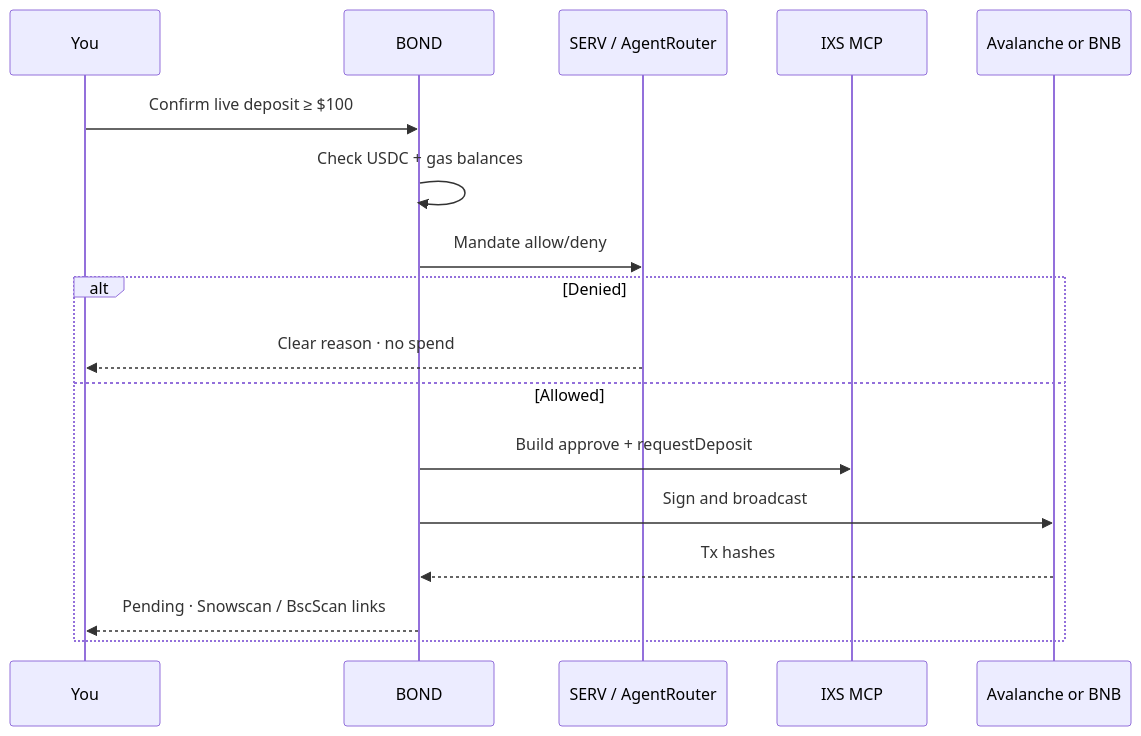
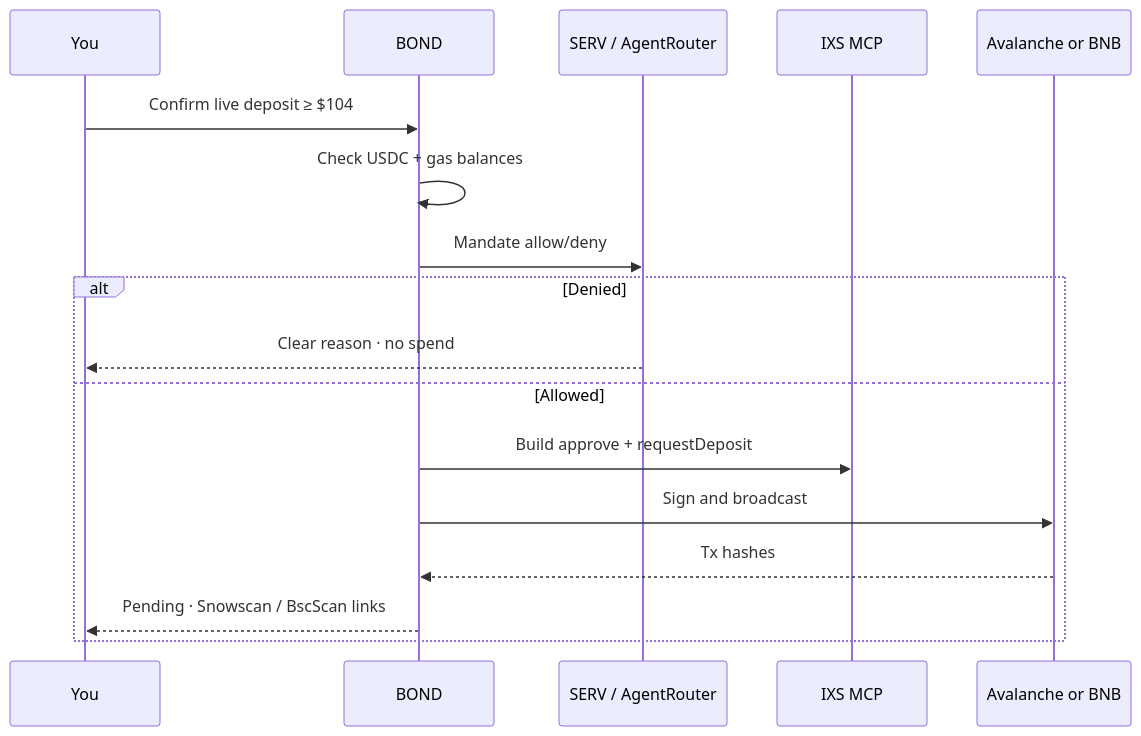
One commit to henrysammarfo/bond changed the second of 3 diagrams in README.md. Above: the diagram before and after it, drawn with Mermaid. The commit also changed other lines of this file and 20 other files, not shown here.

First line of the commit message:
fix: audit harden before main — platform wallet, $104, LIVE_DEPOSIT gate

````diff
--- a/README.md
+++ b/README.md
@@ -75,19 +75,19 @@
 ```mermaid
 sequenceDiagram
   participant U as You
   participant B as BOND
   participant S as SERV / AgentRouter
   participant I as IXS MCP
   participant C as Avalanche or BNB
-  U->>B: Confirm live deposit ≥ $100
+  U->>B: Confirm live deposit ≥ $104
   B->>B: Check USDC + gas balances
   B->>S: Mandate allow/deny
   alt Denied
     S-->>U: Clear reason · no spend
   else Allowed
     B->>I: Build approve + requestDeposit
     B->>C: Sign and broadcast
     C-->>B: Tx hashes
     B-->>U: Pending · Snowscan / BscScan links
   end
 ```
````
